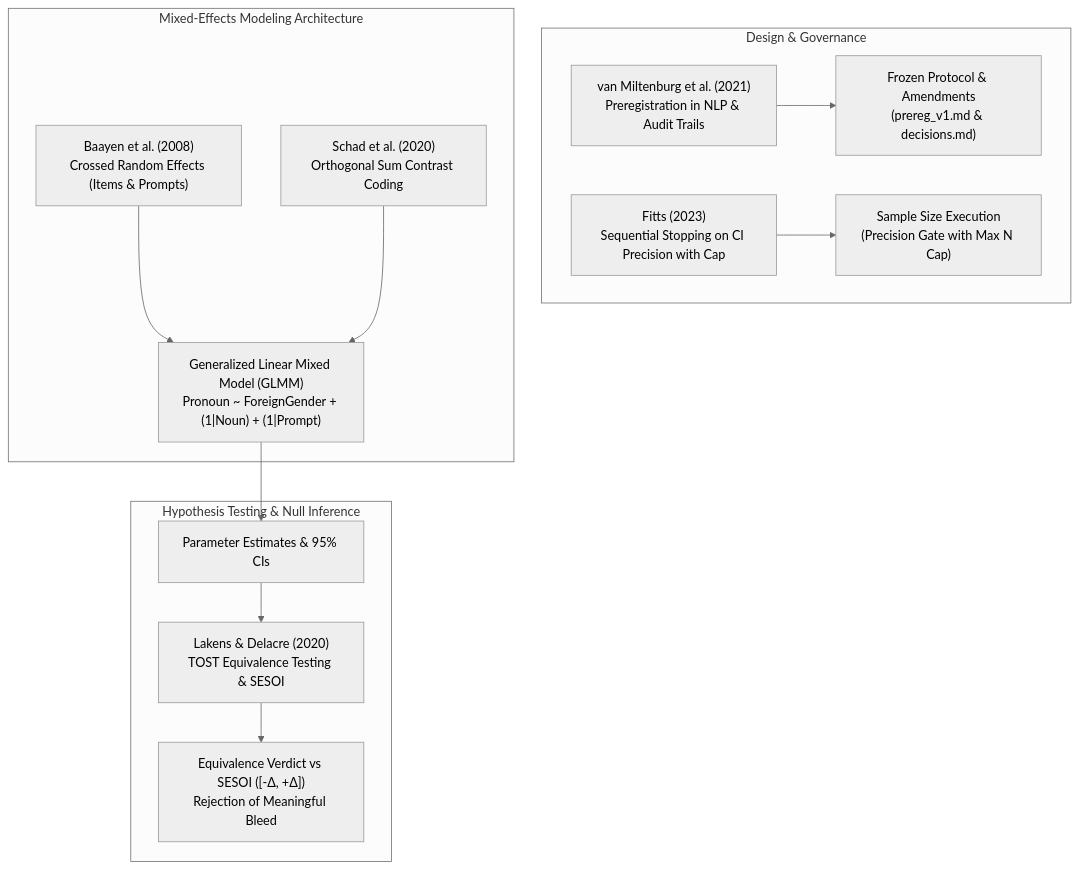
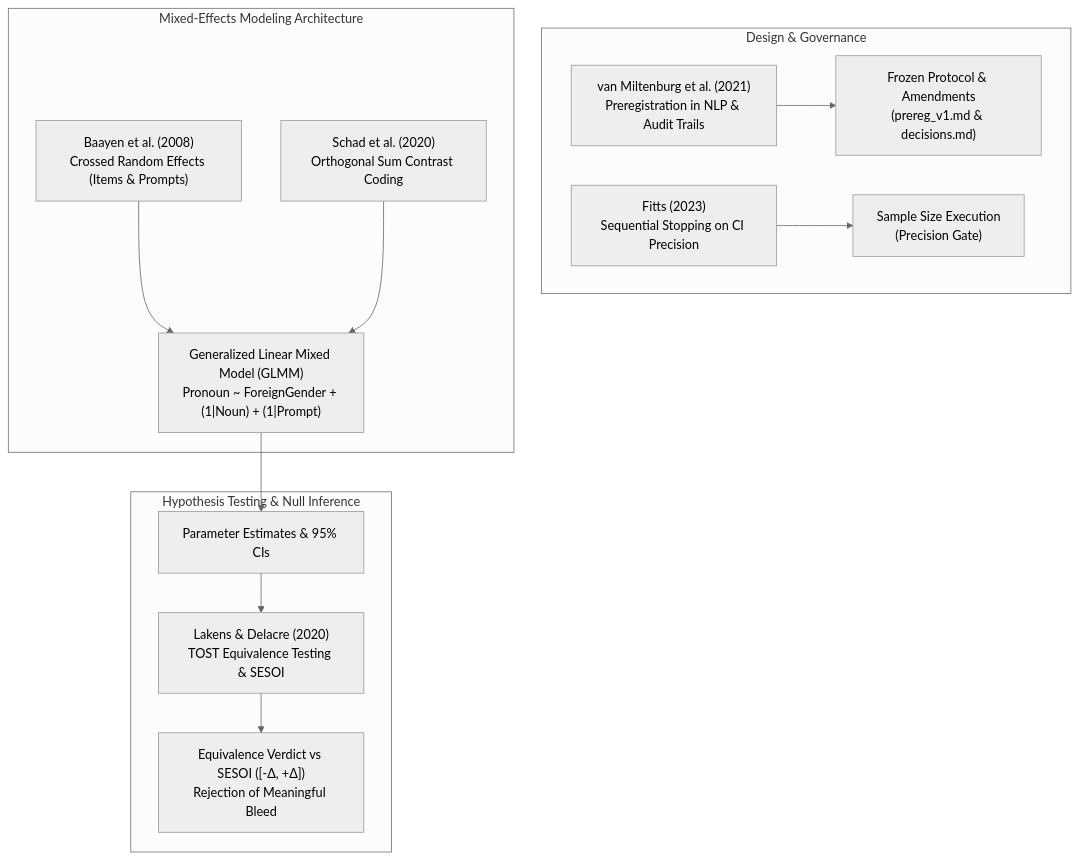
The diagram in sources/08_Statistical_and_Experimental_Methodology/README.md (cyrusae/gender), drawn with Mermaid (neutral theme) before and after one commit. The commit also changed other lines of this file and 7 other files, not shown here.

````diff
--- a/sources/08_Statistical_and_Experimental_Methodology/README.md
+++ b/sources/08_Statistical_and_Experimental_Methodology/README.md
@@ -19,23 +19,23 @@
 ```mermaid
 flowchart TD
     subgraph Protocol ["Design & Governance"]
         vanMiltenburg["van Miltenburg et al. (2021)<br>Preregistration in NLP & Audit Trails"]
-        Fitts["Fitts (2023)<br>Sequential Stopping on CI Precision with Cap"]
+        Fitts["Fitts (2023)<br>Sequential Stopping on CI Precision"]
         vanMiltenburg --> PreregDesign["Frozen Protocol & Amendments<br>(prereg_v1.md & decisions.md)"]
-        Fitts --> SampleCollection["Sample Size Execution<br>(Precision Gate with Max N Cap)"]
+        Fitts --> SampleCollection["Sample Size Execution<br>(Precision Gate)"]
     end
 
     subgraph StatisticalModels ["Mixed-Effects Modeling Architecture"]
         Baayen["Baayen et al. (2008)<br>Crossed Random Effects (Items & Prompts)"]
         Schad["Schad et al. (2020)<br>Orthogonal Sum Contrast Coding"]
         Baayen --> LMM["Generalized Linear Mixed Model (GLMM)<br>Pronoun ~ ForeignGender + (1|Noun) + (1|Prompt)"]
         Schad --> LMM
     end
 
     subgraph Inference ["Hypothesis Testing & Null Inference"]
         Lakens["Lakens & Delacre (2020)<br>TOST Equivalence Testing & SESOI"]
         LMM --> EffectSize["Parameter Estimates & 95% CIs"]
         EffectSize --> Lakens
         Lakens --> DecisionRule["Equivalence Verdict vs SESOI ([-Δ, +Δ])<br>Rejection of Meaningful Bleed"]
     end
 ```
````
